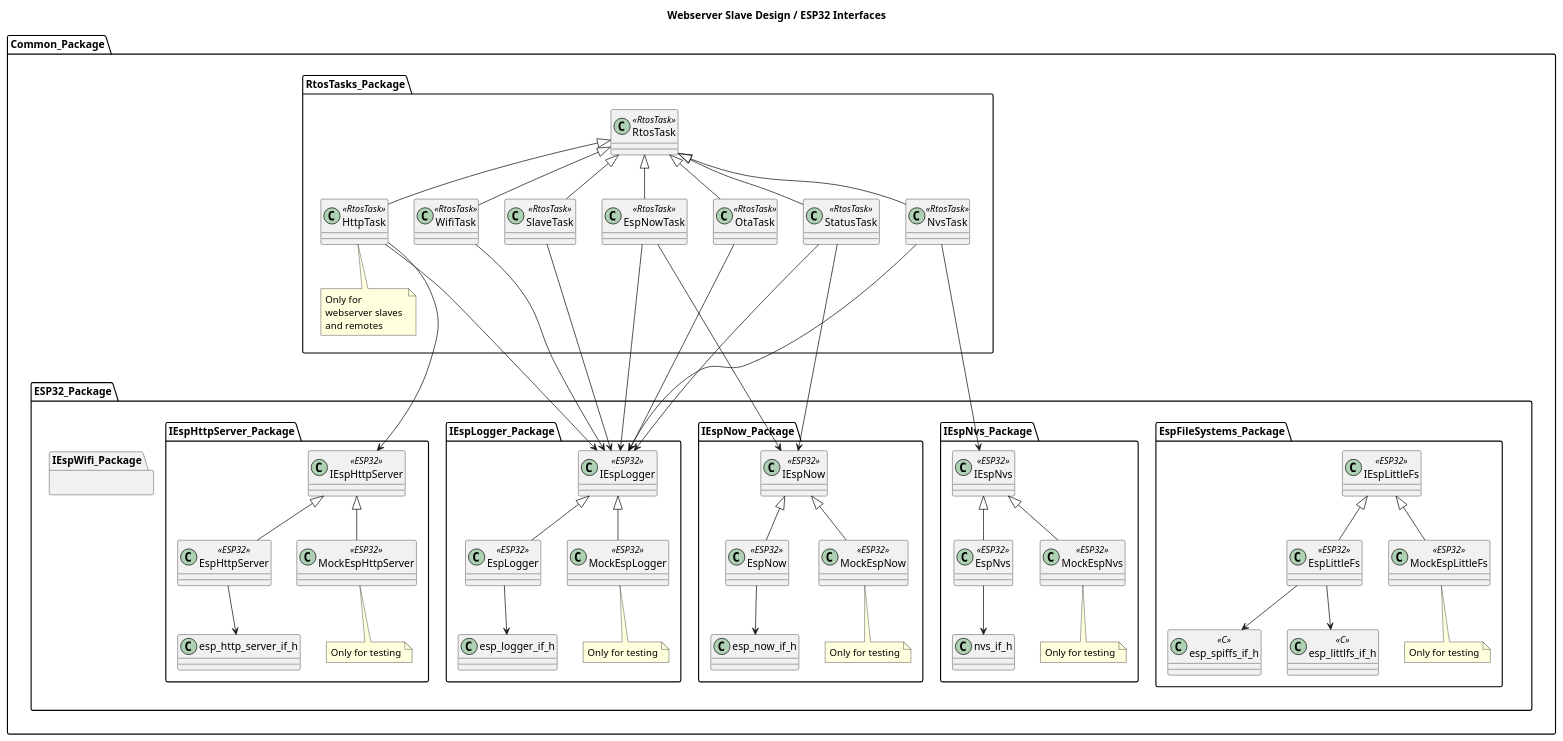
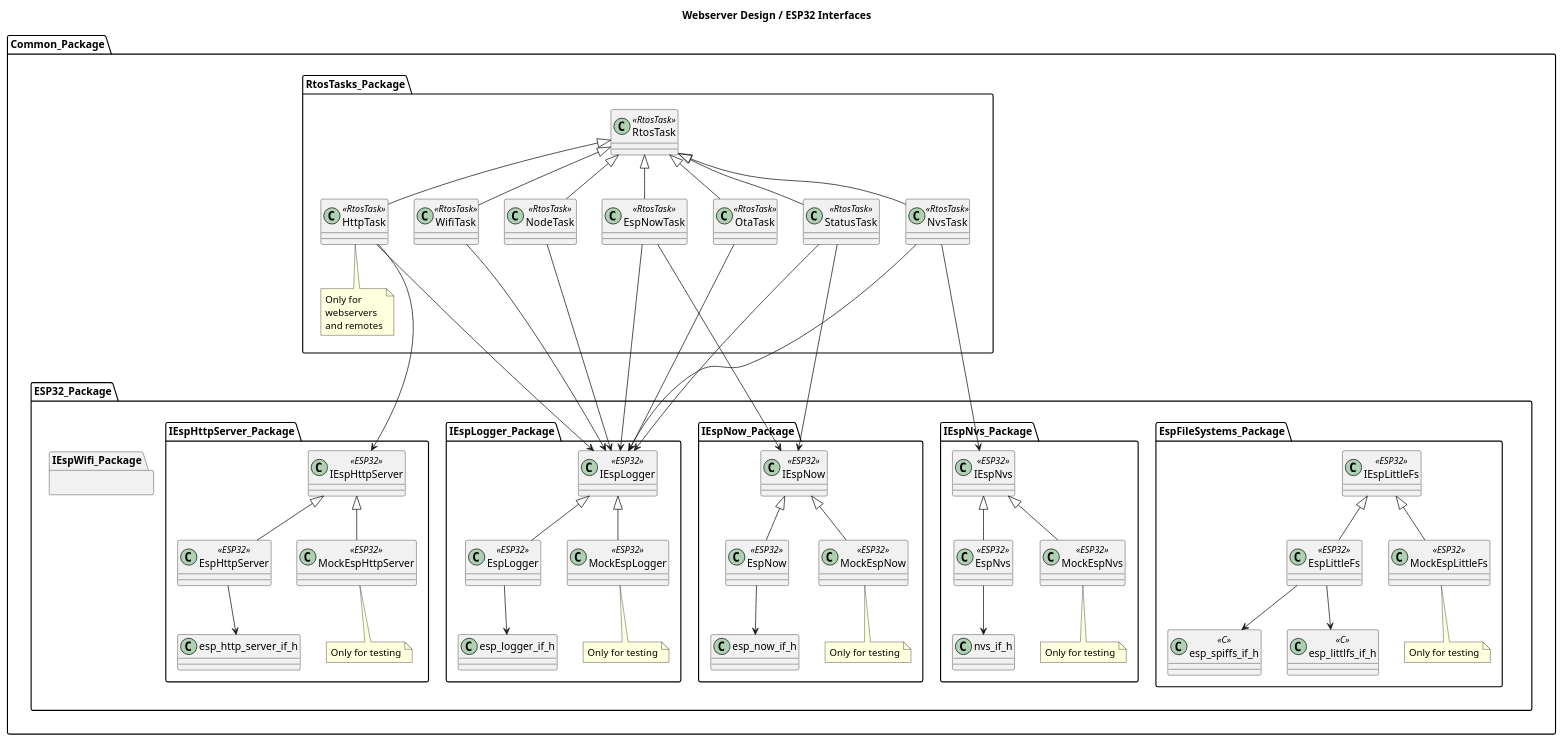
Before and after one commit to michelkeijzers/Esp32Framework: the fifth of 5 diagrams in docs/requirements_and_dds/slaves/webserver_slave.puml, drawn with PlantUML. The commit also changed other lines of this file and 37 other files, not shown here.

Commit message:
Removed slave -> node

```diff
--- a/docs/requirements_and_dds/slaves/webserver_slave.puml
+++ b/docs/requirements_and_dds/slaves/webserver_slave.puml
@@ -215,138 +215,138 @@
 @startuml 
 
-title Webserver Slave Design / ESP32 Interfaces
+title Webserver Design / ESP32 Interfaces
 
 package Common_Package
 {
     package RtosTasks_Package
     {
         class RtosTask <<RtosTask>> {}
 
-        class SlaveTask <<RtosTask>> {}
+        class NodeTask <<RtosTask>> {}
         class HttpTask <<RtosTask>> {}
         note bottom of HttpTask
             Only for
-            webserver slaves 
+            webservers 
             and remotes
         end note        
         class WifiTask <<RtosTask>> {}
         class EspNowTask <<RtosTask>> {}
         class OtaTask <<RtosTask>> {}
         class StatusTask <<RtosTask>> {}
         class NvsTask <<RtosTask>> {}
 
-        SlaveTask -u-|> RtosTask
+        NodeTask -u-|> RtosTask
         HttpTask -u-|> RtosTask
         WifiTask -u-|> RtosTask
         EspNowTask -u-|> RtosTask
         OtaTask -u-|> RtosTask
         StatusTask -u-|> RtosTask
         NvsTask -u-|> RtosTask
         
     }
 
     package ESP32_Package
     {
         package EspFileSystems_Package     
         {
             class IEspLittleFs <<ESP32>> {}
             class EspLittleFs <<ESP32>> {}
             class MockEspLittleFs <<ESP32>> {}
             class esp_littlfs_if_h <<C>> {}
             class esp_spiffs_if_h <<C>> {}
 
             EspLittleFs -u-|> IEspLittleFs
             MockEspLittleFs -u-|> IEspLittleFs
             note bottom of MockEspLittleFs
                 Only for testing
             end note
             EspLittleFs --> esp_littlfs_if_h
             EspLittleFs --> esp_spiffs_if_h
         }
 
         package IEspWifi_Package
         {
 
         }
         
         package IEspNow_Package
         {
             class IEspNow <<ESP32>> {}
             class EspNow <<ESP32>> {}   
             class MockEspNow <<ESP32>> {}
 
             EspNow -u-|> IEspNow
             MockEspNow -u-|> IEspNow
             note bottom of MockEspNow
                 Only for testing
             end note
 
             EspNow --> esp_now_if_h
         }
 
         package IEspNvs_Package 
         {
             class IEspNvs <<ESP32>> {}
             class EspNvs <<ESP32>> {}
             class MockEspNvs <<ESP32>> {}
 
             EspNvs -u-|> IEspNvs
             MockEspNvs -u-|> IEspNvs
             note bottom of MockEspNvs
                 Only for testing
             end note
 
             EspNvs --> nvs_if_h
         }
 
         package IEspHttpServer_Package
         {
             class IEspHttpServer <<ESP32>> {}
             class EspHttpServer <<ESP32>> {}    
             class MockEspHttpServer <<ESP32>> {}
 
             EspHttpServer -u-|> IEspHttpServer
             MockEspHttpServer -u-|> IEspHttpServer
             note bottom of MockEspHttpServer
                 Only for testing
             end note
 
             EspHttpServer --> esp_http_server_if_h
         }
 
         package IEspLogger_Package
         {
             class IEspLogger <<ESP32>> {}
             class EspLogger <<ESP32>> {}
             class MockEspLogger <<ESP32>> {}
 
             EspLogger -u-|> IEspLogger
             MockEspLogger -u-|> IEspLogger
             note bottom of MockEspLogger
                 Only for testing
             end note
 
             EspLogger --> esp_logger_if_h
         }
 
 
     }
 
     ESP32_Package -[hidden]u-----> RtosTasks_Package 
 
-    SlaveTask --> IEspLogger
+    NodeTask --> IEspLogger
     HttpTask --> IEspLogger
     WifiTask --> IEspLogger
     EspNowTask --> IEspLogger
     OtaTask --> IEspLogger
     StatusTask --> IEspLogger
     NvsTask --> IEspLogger
 
     StatusTask --> IEspNow
     'WifiTask --> IEspWifi
     HttpTask ---> IEspHttpServer
     EspNowTask --> IEspNow
     NvsTask --> IEspNvs
 }
 
 @enduml
```
